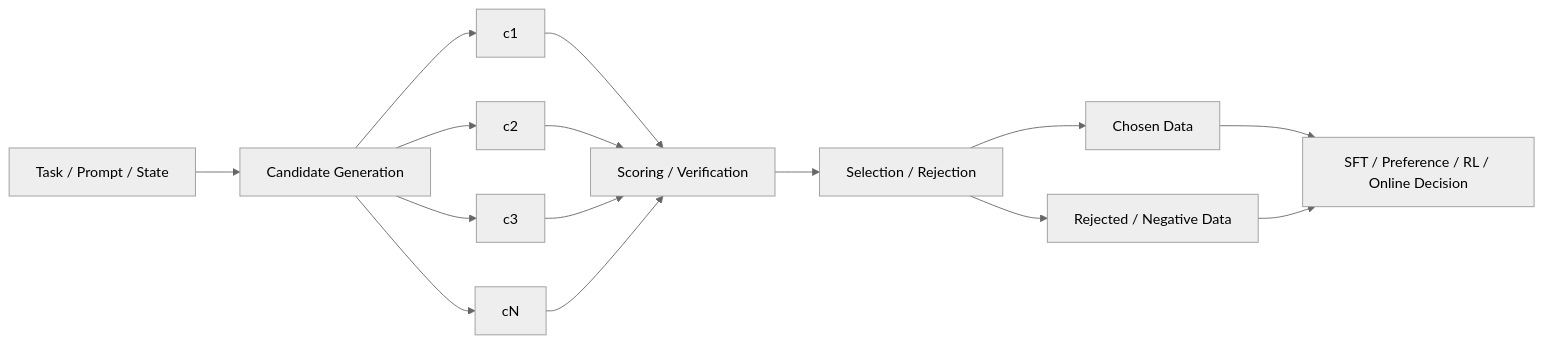
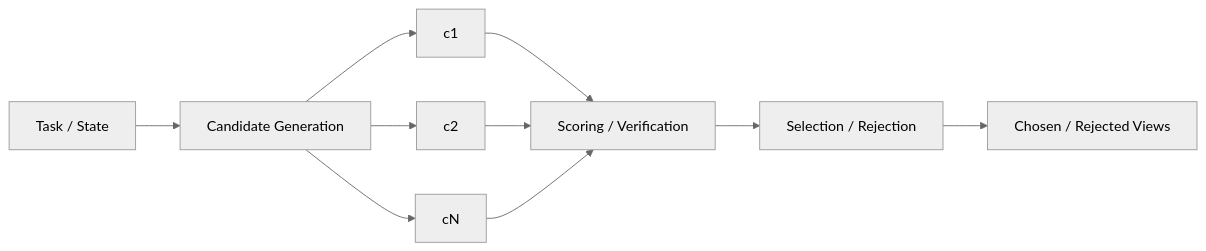
Before and after one commit to JiangHui0203/Homework: the diagram in LLM_Agent_Data/08_Rollout_Rejection_Sampling_and_Candidate_Selection.md, drawn with Mermaid (neutral theme). The commit also changed other lines of this file, not shown here.

Commit message:
Refine Ch8 around rollout pools and candidate selection

````diff
--- a/LLM_Agent_Data/08_Rollout_Rejection_Sampling_and_Candidate_Selection.md
+++ b/LLM_Agent_Data/08_Rollout_Rejection_Sampling_and_Candidate_Selection.md
@@ -19,17 +21,12 @@
 ```mermaid
 flowchart LR
-    A[Task / Prompt / State] --> B[Candidate Generation]
+    A[Task / State] --> B[Candidate Generation]
     B --> C1[c1]
     B --> C2[c2]
-    B --> C3[c3]
     B --> CN[cN]
     C1 --> D[Scoring / Verification]
     C2 --> D
-    C3 --> D
     CN --> D
     D --> E[Selection / Rejection]
-    E --> F1[Chosen Data]
-    E --> F2[Rejected / Negative Data]
-    F1 --> G[SFT / Preference / RL / Online Decision]
-    F2 --> G
+    E --> F[Chosen / Rejected Views]
 ```
````
